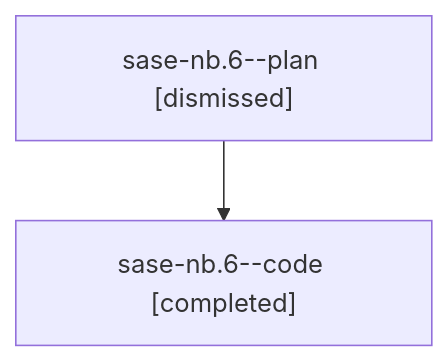
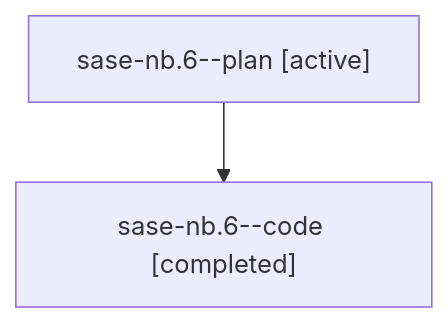
Before and after one commit to sase-org/sase--agents: the diagram in families/bbugyi200.athena.sase-nb.6.md, drawn with Mermaid. The commit also changed other lines of this file and 35830 other files, not shown here.

````diff
--- a/families/bbugyi200.athena.sase-nb.6.md
+++ b/families/bbugyi200.athena.sase-nb.6.md
@@ -9,6 +9,6 @@
 ```mermaid
 flowchart TD
-  n0["sase-nb.6--plan [dismissed]"]
+  n0["sase-nb.6--plan [active]"]
   n1["sase-nb.6--code [completed]"]
   n0 --> n1
 ```
````
